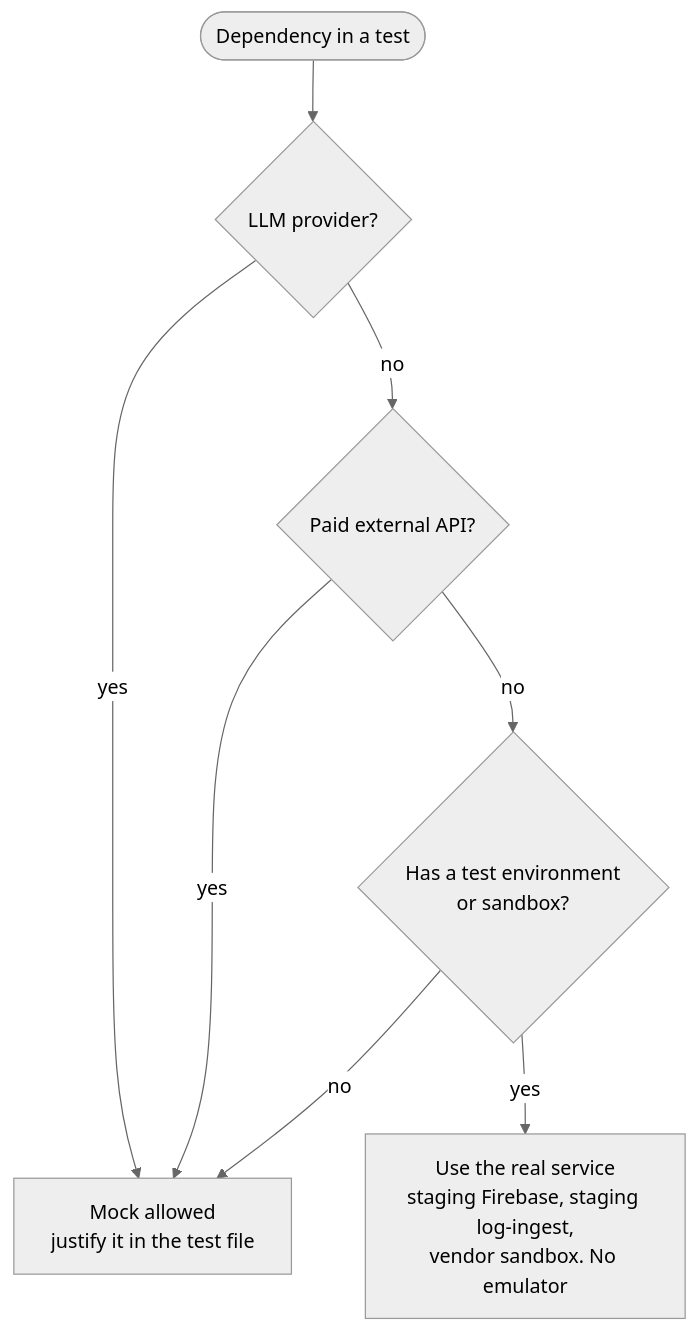
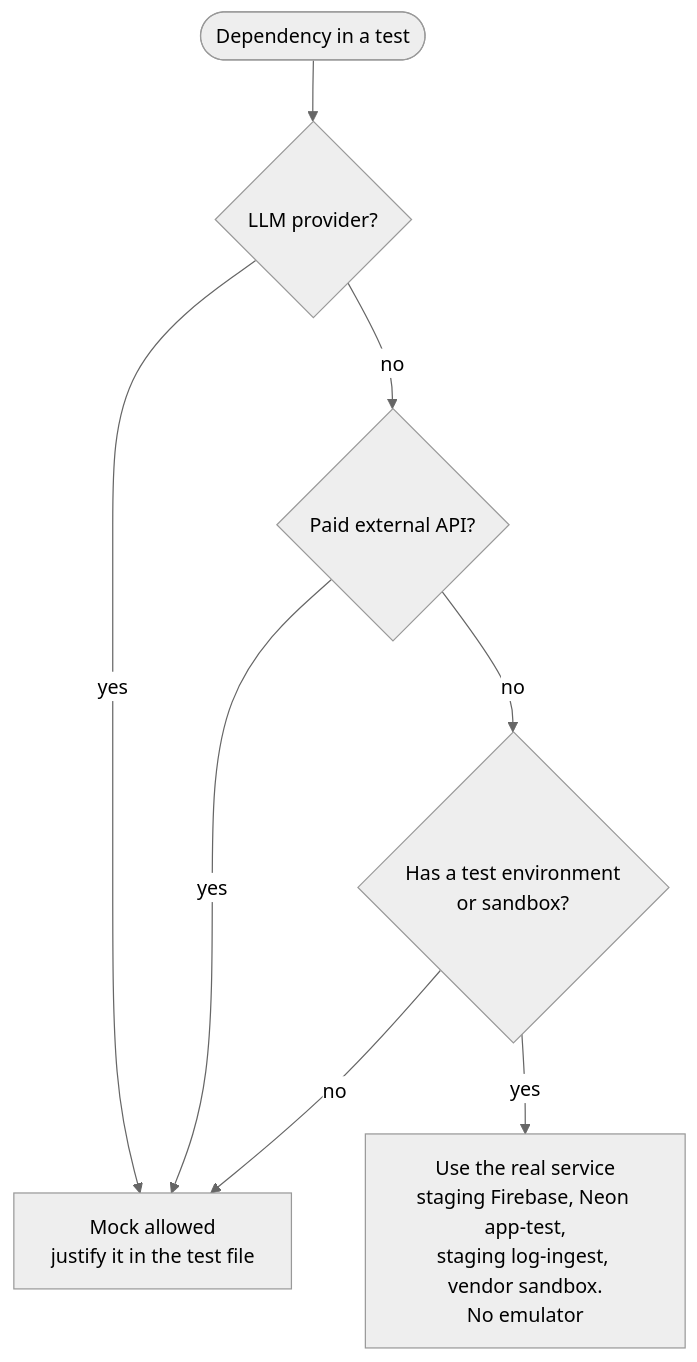
One commit to Improve-To-Grow/MUSUBI changed the second of 3 diagrams in src/templates/shared/steering/rules/itg/testing.md. Above: the diagram before and after it, drawn with Mermaid (neutral theme). The commit also changed other lines of this file and 57 other files, not shown here.

````diff
--- a/src/templates/shared/steering/rules/itg/testing.md
+++ b/src/templates/shared/steering/rules/itg/testing.md
@@ -31,10 +31,10 @@
 ```mermaid
 flowchart TD
     DEP([Dependency in a test]) --> LLM{LLM provider?}
     LLM -- yes --> MOCK[Mock allowed<br/>justify it in the test file]
     LLM -- no --> PAID{Paid external API?}
     PAID -- yes --> MOCK
     PAID -- no --> SBX{Has a test environment<br/>or sandbox?}
     SBX -- no --> MOCK
-    SBX -- yes --> REAL[Use the real service<br/>staging Firebase, staging log-ingest,<br/>vendor sandbox. No emulator]
+    SBX -- yes --> REAL[Use the real service<br/>staging Firebase, Neon app-test,<br/>staging log-ingest, vendor sandbox.<br/>No emulator]
 ```
````
